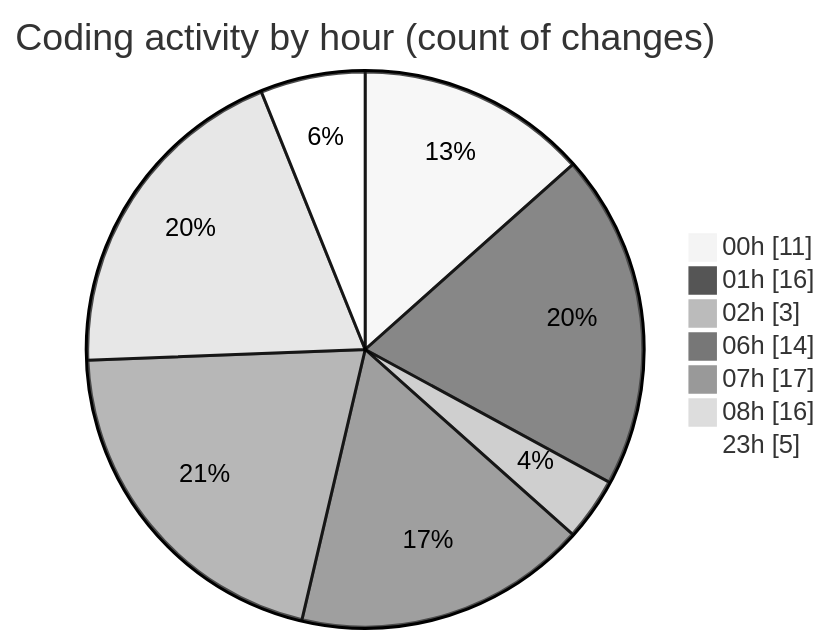
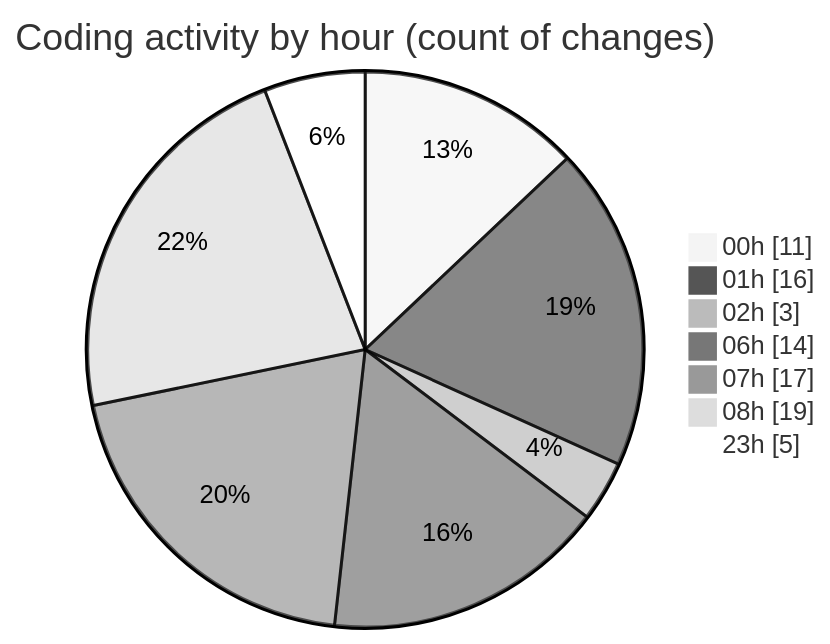
Before and after one commit to Elitesun/code-tracking: the second of 2 diagrams in 2025-02-21/projet/README.md, drawn with Mermaid (neutral theme). The commit also changed other lines of this file and 1 other file, not shown here.

````diff
--- a/2025-02-21/projet/README.md
+++ b/2025-02-21/projet/README.md
@@ -42,11 +42,11 @@
 ```mermaid
 pie showData
 title Coding activity by hour (count of changes)
 "00h" : 11
 "01h" : 16
 "02h" : 3
 "06h" : 14
 "07h" : 17
-"08h" : 16
+"08h" : 19
 "23h" : 5
 ```
````
